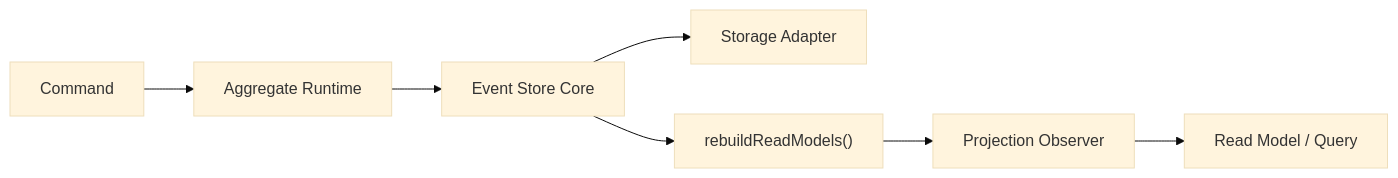
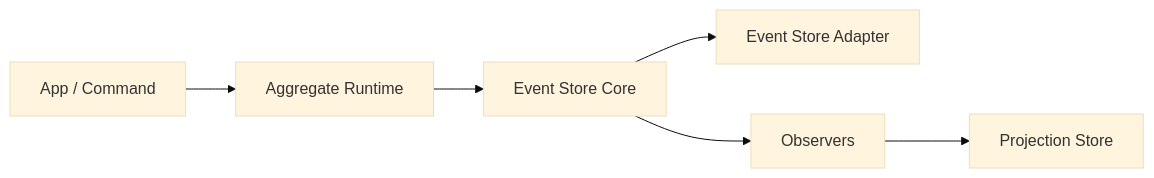
The diagram in docs/architecture.md (schemeless/event-store), drawn with Mermaid (base theme) before and after one commit. The commit also changed other lines of this file and 305 other files, not shown here.

````diff
--- a/docs/architecture.md
+++ b/docs/architecture.md
@@ -55,9 +5,8 @@
 ```mermaid
 flowchart LR
-  Command["Command"] --> Runtime["Aggregate Runtime"]
-  Runtime --> Core["Event Store Core"]
-  Core --> Adapter["Storage Adapter"]
-  Core --> Rebuild["rebuildReadModels()"]
-  Rebuild --> Observer["Projection Observer"]
-  Observer --> Query["Read Model / Query"]
+  A["App / Command"] --> B["Aggregate Runtime"]
+  B --> C["Event Store Core"]
+  C --> D["Event Store Adapter"]
+  C --> E["Observers"]
+  E --> F["Projection Store"]
 ```
````
